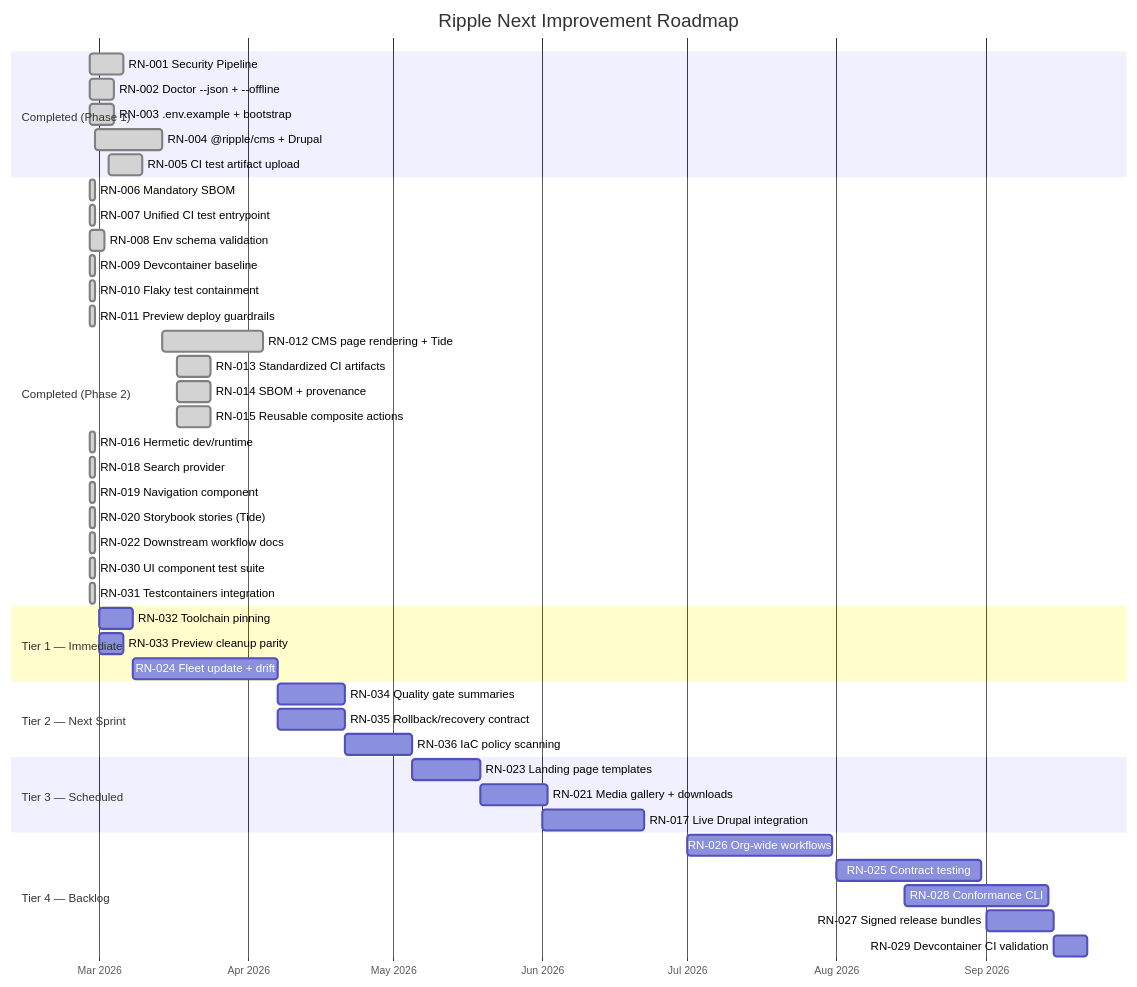
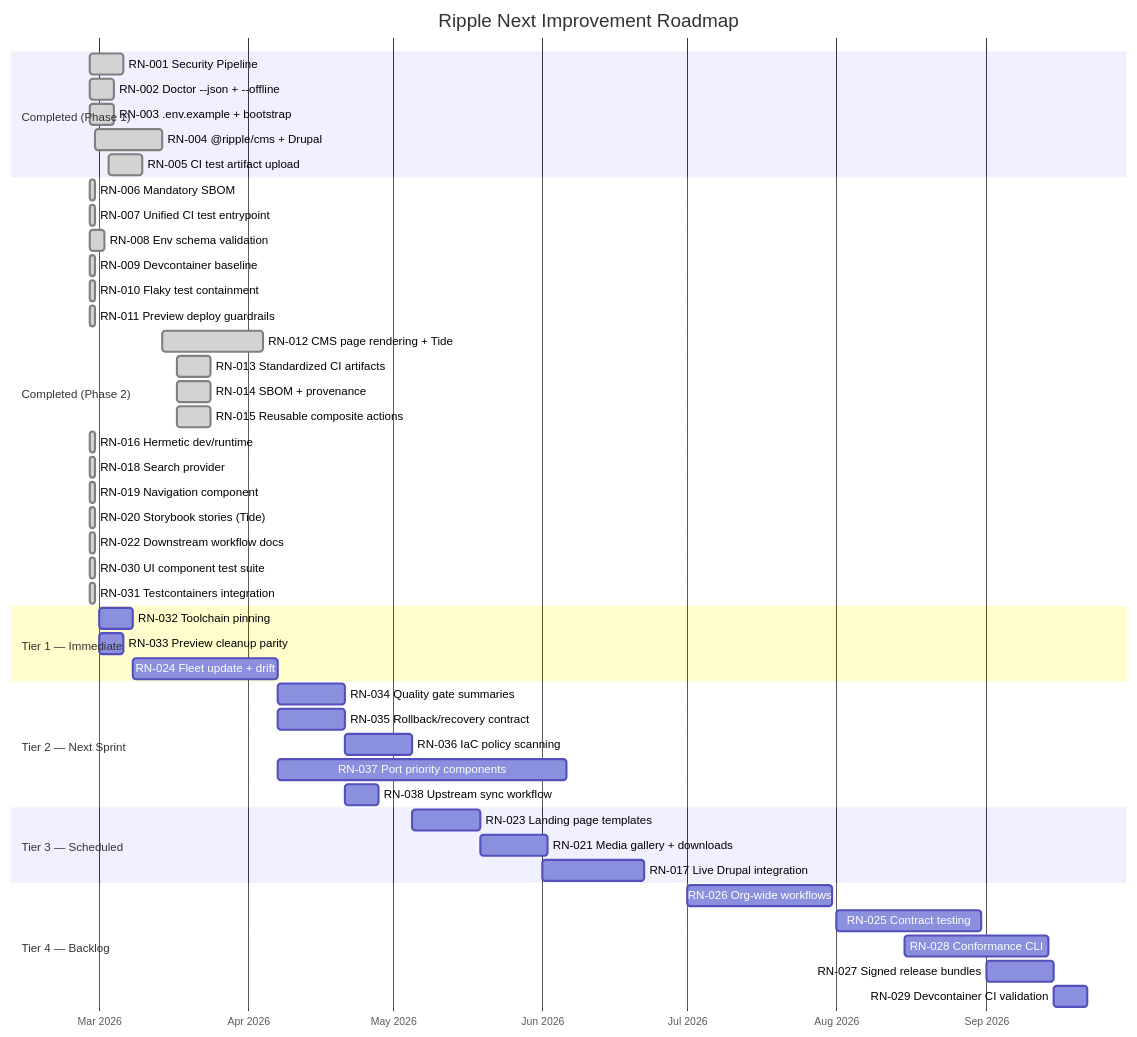
One commit to jbejenar/ripple-next changed the second of 6 diagrams in docs/product-roadmap/README.md. Above: the diagram before and after it, drawn with Mermaid. The commit also changed other lines of this file and 4 other files, not shown here.

First line of the commit message:
docs: add ADR-017 upstream Ripple component strategy (port, own, sync)

````diff
--- a/docs/product-roadmap/README.md
+++ b/docs/product-roadmap/README.md
@@ -379,54 +432,56 @@
 ```mermaid
 gantt
     title Ripple Next Improvement Roadmap
     dateFormat YYYY-MM-DD
     axisFormat %b %Y
 
     section Completed (Phase 1)
     RN-001 Security Pipeline              :done, rn001, 2026-02-27, 7d
     RN-002 Doctor --json + --offline       :done, rn002, 2026-02-27, 5d
     RN-003 .env.example + bootstrap        :done, rn003, 2026-02-27, 5d
     RN-004 @ripple/cms + Drupal            :done, rn004, 2026-02-28, 14d
     RN-005 CI test artifact upload         :done, rn005, 2026-03-03, 7d
 
     section Completed (Phase 2)
     RN-006 Mandatory SBOM                  :done, rn006, 2026-02-27, 1d
     RN-007 Unified CI test entrypoint      :done, rn007, 2026-02-27, 1d
     RN-008 Env schema validation           :done, rn008, 2026-02-27, 3d
     RN-009 Devcontainer baseline           :done, rn009, 2026-02-27, 1d
     RN-010 Flaky test containment          :done, rn010, 2026-02-27, 1d
     RN-011 Preview deploy guardrails       :done, rn011, 2026-02-27, 1d
     RN-012 CMS page rendering + Tide       :done, rn012, 2026-03-14, 21d
     RN-013 Standardized CI artifacts       :done, rn013, 2026-03-17, 7d
     RN-014 SBOM + provenance               :done, rn014, 2026-03-17, 7d
     RN-015 Reusable composite actions      :done, rn015, 2026-03-17, 7d
     RN-016 Hermetic dev/runtime            :done, rn016, 2026-02-27, 1d
     RN-018 Search provider                 :done, rn018, 2026-02-27, 1d
     RN-019 Navigation component            :done, rn019, 2026-02-27, 1d
     RN-020 Storybook stories (Tide)        :done, rn020, 2026-02-27, 1d
     RN-022 Downstream workflow docs        :done, rn022, 2026-02-27, 1d
     RN-030 UI component test suite         :done, rn030, 2026-02-27, 1d
     RN-031 Testcontainers integration      :done, rn031, 2026-02-27, 1d
 
     section Tier 1 — Immediate
     RN-032 Toolchain pinning               :rn032, 2026-03-01, 7d
     RN-033 Preview cleanup parity          :rn033, 2026-03-01, 5d
     RN-024 Fleet update + drift            :rn024, 2026-03-08, 30d
 
     section Tier 2 — Next Sprint
     RN-034 Quality gate summaries          :rn034, 2026-04-07, 14d
     RN-035 Rollback/recovery contract      :rn035, 2026-04-07, 14d
     RN-036 IaC policy scanning             :rn036, 2026-04-21, 14d
+    RN-037 Port priority components        :rn037, 2026-04-07, 60d
+    RN-038 Upstream sync workflow          :rn038, 2026-04-21, 7d
 
     section Tier 3 — Scheduled
     RN-023 Landing page templates          :rn023, 2026-05-05, 14d
     RN-021 Media gallery + downloads       :rn021, 2026-05-19, 14d
     RN-017 Live Drupal integration         :rn017, 2026-06-01, 21d
 
     section Tier 4 — Backlog
     RN-026 Org-wide workflows              :rn026, 2026-07-01, 30d
     RN-025 Contract testing                :rn025, 2026-08-01, 30d
     RN-028 Conformance CLI                 :rn028, 2026-08-15, 30d
     RN-027 Signed release bundles          :rn027, 2026-09-01, 14d
     RN-029 Devcontainer CI validation      :rn029, 2026-09-15, 7d
 ```
````
